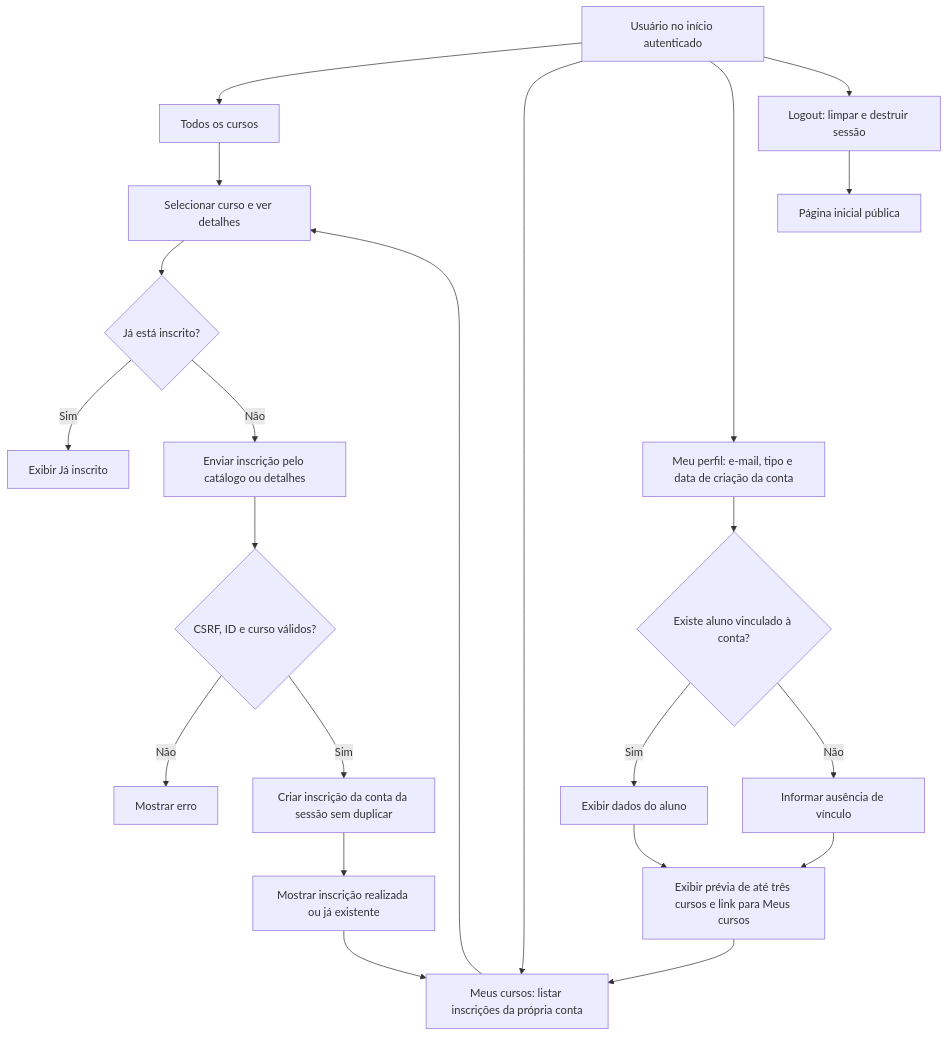
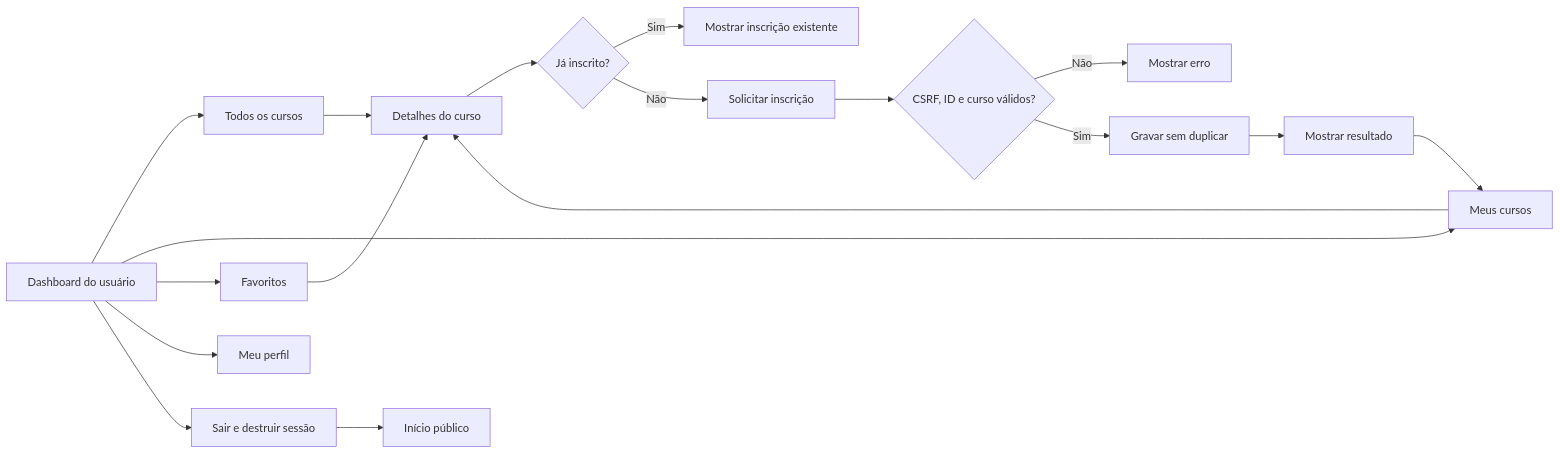
One commit to Matheus-Talasso-Gil/Impulsos-Cursos changed the ninth of 21 diagrams in diagrama.md. Above: the diagram before and after it, drawn with Mermaid. The commit also changed other lines of this file and 1 other file, not shown here.

Commit message:
Atualizando o diagrama e criando o product backlog

````diff
--- a/diagrama.md
+++ b/diagrama.md
@@ -213,24 +244,20 @@
 ```mermaid
-flowchart TD
-    Inicio["Usuário no início autenticado"] --> Catalogo["Todos os cursos"]
-    Inicio --> Meus["Meus cursos: listar inscrições da própria conta"]
-    Inicio --> Perfil["Meu perfil: e-mail, tipo e data de criação da conta"]
-    Inicio --> Sair["Logout: limpar e destruir sessão"]
-    Sair --> Publico["Página inicial pública"]
-    Catalogo --> Detalhes["Selecionar curso e ver detalhes"]
+graph LR
+    Dashboard["Dashboard do usuário"] --> Catalogo["Todos os cursos"]
+    Dashboard --> Meus["Meus cursos"]
+    Dashboard --> Favoritos["Favoritos"]
+    Dashboard --> Perfil["Meu perfil"]
+    Dashboard --> Sair["Sair e destruir sessão"]
+    Sair --> Inicio["Início público"]
+    Catalogo --> Detalhes["Detalhes do curso"]
     Meus --> Detalhes
-    Detalhes --> Inscrito{"Já está inscrito?"}
-    Inscrito -->|Sim| Situacao["Exibir Já inscrito"]
-    Inscrito -->|Não| Inscrever["Enviar inscrição pelo catálogo ou detalhes"]
+    Favoritos --> Detalhes
+    Detalhes --> Inscrito{"Já inscrito?"}
+    Inscrito -->|Sim| Situacao["Mostrar inscrição existente"]
+    Inscrito -->|Não| Inscrever["Solicitar inscrição"]
     Inscrever --> Validar{"CSRF, ID e curso válidos?"}
     Validar -->|Não| Erro["Mostrar erro"]
-    Validar -->|Sim| Gravar["Criar inscrição da conta da sessão sem duplicar"]
-    Gravar --> Resultado["Mostrar inscrição realizada ou já existente"]
+    Validar -->|Sim| Banco["Gravar sem duplicar"]
+    Banco --> Resultado["Mostrar resultado"]
     Resultado --> Meus
-    Perfil --> Vinculo{"Existe aluno vinculado à conta?"}
-    Vinculo -->|Sim| Dados["Exibir dados do aluno"]
-    Vinculo -->|Não| SemVinculo["Informar ausência de vínculo"]
-    Dados --> Previa["Exibir prévia de até três cursos e link para Meus cursos"]
-    SemVinculo --> Previa
-    Previa --> Meus
 ```
````
